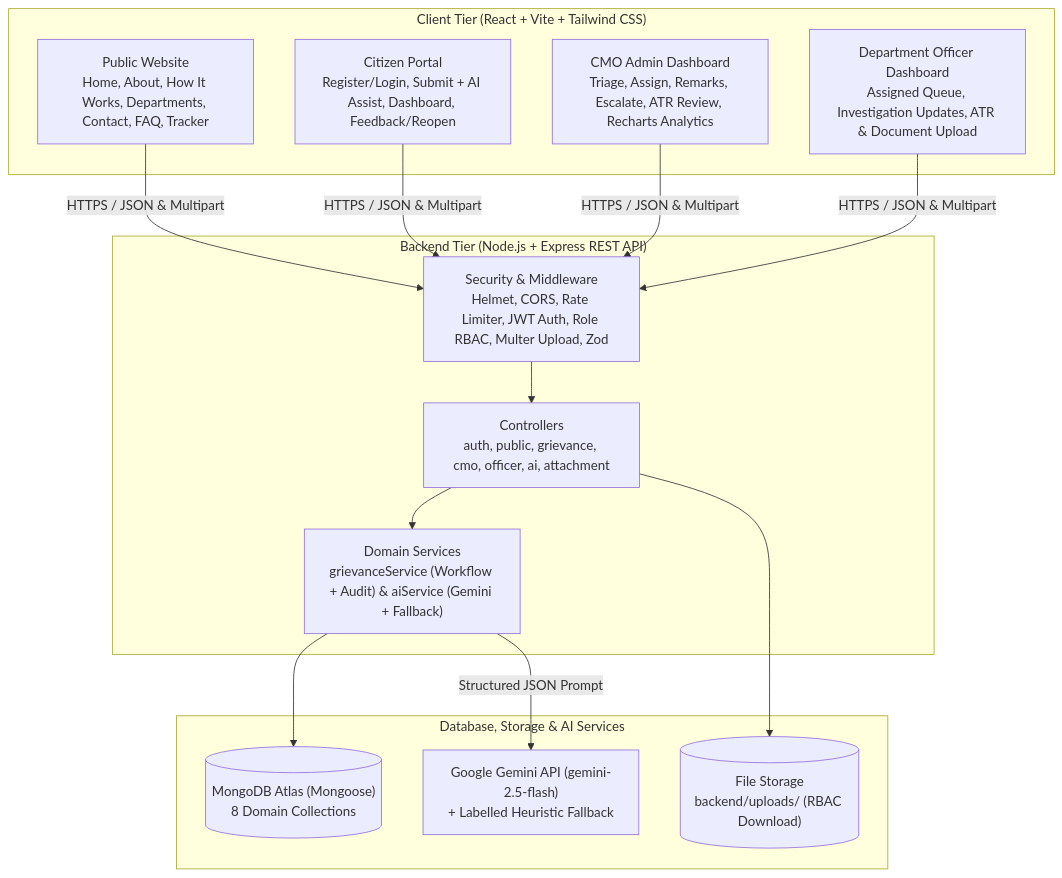
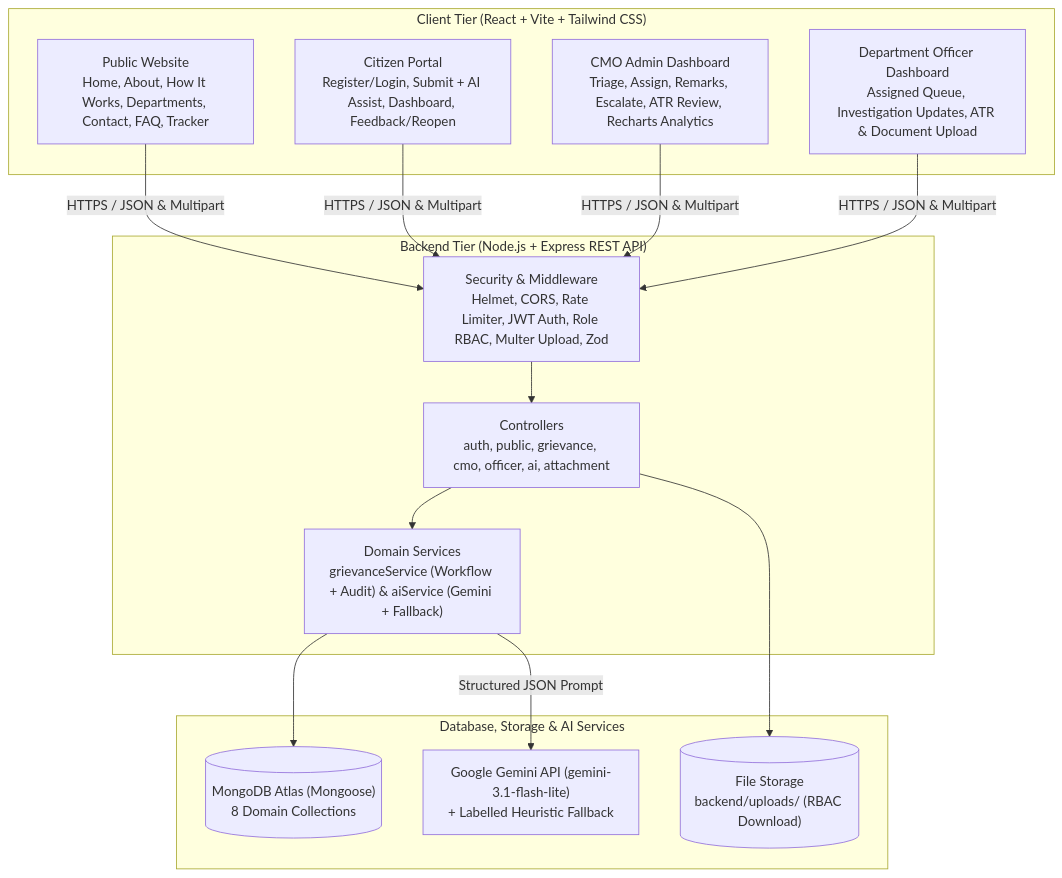
The diagram in DOCUMENTATION/02_System_Architecture.md (akshaya-sanoj/cm-kerala-grievance-portal), drawn with Mermaid before and after one commit. The commit also changed 12 other files, not shown here.

Commit message:
Configure gemini-3.1-flash-lite with multi-model failover and update docs

````diff
--- a/DOCUMENTATION/02_System_Architecture.md
+++ b/DOCUMENTATION/02_System_Architecture.md
@@ -9,27 +9,27 @@
 ```mermaid
 flowchart TB
   subgraph Client["Client Tier (React + Vite + Tailwind CSS)"]
     PUB["Public Website<br/>Home, About, How It Works, Departments, Contact, FAQ, Tracker"]
     CIT["Citizen Portal<br/>Register/Login, Submit + AI Assist, Dashboard, Feedback/Reopen"]
     CMO["CMO Admin Dashboard<br/>Triage, Assign, Remarks, Escalate, ATR Review, Recharts Analytics"]
     OFF["Department Officer Dashboard<br/>Assigned Queue, Investigation Updates, ATR & Document Upload"]
   end
 
   subgraph API["Backend Tier (Node.js + Express REST API)"]
     SEC["Security & Middleware<br/>Helmet, CORS, Rate Limiter, JWT Auth, Role RBAC, Multer Upload, Zod"]
     CTRL["Controllers<br/>auth, public, grievance, cmo, officer, ai, attachment"]
     SVC["Domain Services<br/>grievanceService (Workflow + Audit) & aiService (Gemini + Fallback)"]
   end
 
   subgraph External["Database, Storage & AI Services"]
     DB[("MongoDB Atlas (Mongoose)<br/>8 Domain Collections")]
     FS[("File Storage<br/>backend/uploads/ (RBAC Download)")]
-    AI["Google Gemini API (gemini-2.5-flash)<br/>+ Labelled Heuristic Fallback"]
+    AI["Google Gemini API (gemini-3.1-flash-lite)<br/>+ Labelled Heuristic Fallback"]
   end
 
   PUB & CIT & CMO & OFF -->|HTTPS / JSON & Multipart| SEC
   SEC --> CTRL --> SVC
   SVC --> DB
   CTRL --> FS
   SVC -->|Structured JSON Prompt| AI
 ```
````
